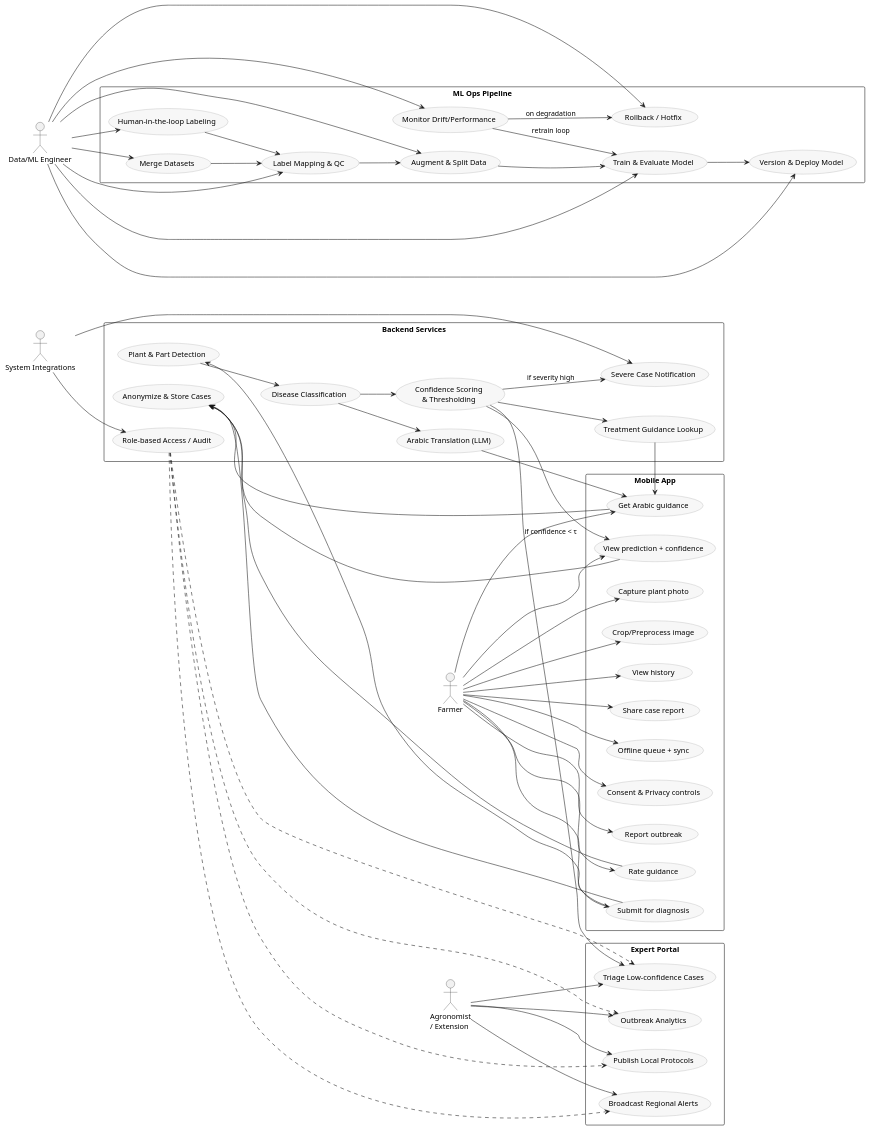
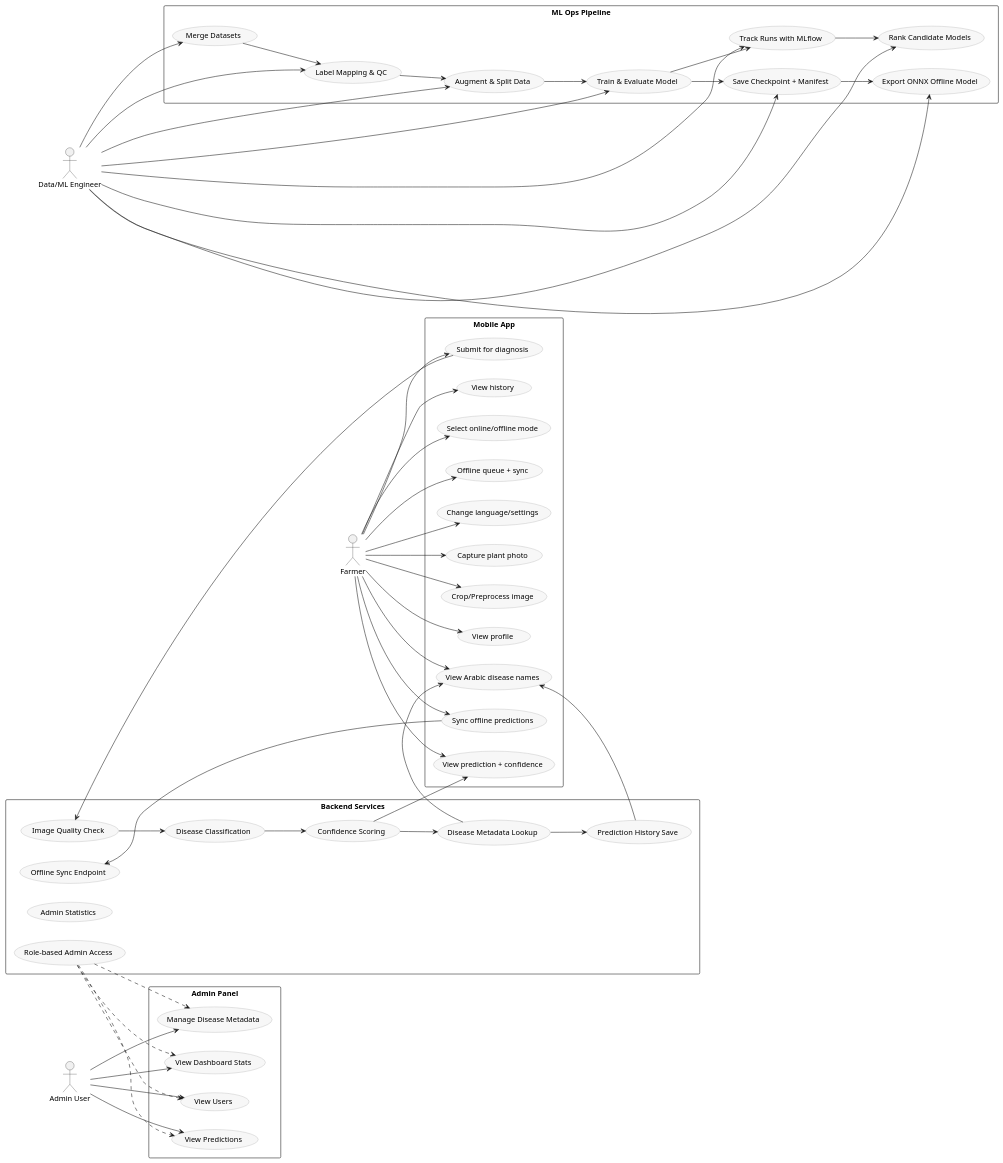
One commit to jadkandah/plant-disease-detection changed the diagram in docs/scratch.puml. Above: the diagram before and after it, drawn with PlantUML. The commit also changed 11 other files, not shown here.

```diff
--- a/docs/scratch.puml
+++ b/docs/scratch.puml
@@ -1,113 +1,104 @@
 @startuml
 left to right direction
 skinparam packageStyle rectangle
 skinparam usecase {
   BackgroundColor #F7F7F7
   BorderColor #999999
 }
 
 actor Farmer as F
-actor "Agronomist\n/ Extension" as A
+actor "Admin User" as A
 actor "Data/ML Engineer" as M
-actor "System Integrations" as S
 
 rectangle "Mobile App" as APP {
   usecase "Capture plant photo" as UC1
   usecase "Crop/Preprocess image" as UC2
   usecase "Submit for diagnosis" as UC3
   usecase "View prediction + confidence" as UC4
-  usecase "Get Arabic guidance" as UC5
+  usecase "View Arabic disease names" as UC5
   usecase "View history" as UC6
-  usecase "Share case report" as UC7
-  usecase "Rate guidance" as UC8
+  usecase "Select online/offline mode" as UC7
+  usecase "Sync offline predictions" as UC8
   usecase "Offline queue + sync" as UC9
-  usecase "Consent & Privacy controls" as UC10
-  usecase "Report outbreak" as UC11
+  usecase "Change language/settings" as UC10
+  usecase "View profile" as UC11
 }
 
 rectangle "Backend Services" as BE {
-  usecase "Plant & Part Detection" as UC12
+  usecase "Image Quality Check" as UC12
   usecase "Disease Classification" as UC13
-  usecase "Confidence Scoring\n& Thresholding" as UC14
-  usecase "Arabic Translation (LLM)" as UC15
-  usecase "Treatment Guidance Lookup" as UC16
-  usecase "Severe Case Notification" as UC17
-  usecase "Anonymize & Store Cases" as UC18
-  usecase "Role-based Access / Audit" as UC19
+  usecase "Confidence Scoring" as UC14
+  usecase "Disease Metadata Lookup" as UC15
+  usecase "Prediction History Save" as UC16
+  usecase "Offline Sync Endpoint" as UC17
+  usecase "Admin Statistics" as UC18
+  usecase "Role-based Admin Access" as UC19
 }
 
 rectangle "ML Ops Pipeline" as MLOPS {
   usecase "Merge Datasets" as UC20
   usecase "Label Mapping & QC" as UC21
   usecase "Augment & Split Data" as UC22
   usecase "Train & Evaluate Model" as UC23
-  usecase "Human-in-the-loop Labeling" as UC24
-  usecase "Version & Deploy Model" as UC25
-  usecase "Monitor Drift/Performance" as UC26
-  usecase "Rollback / Hotfix" as UC27
+  usecase "Track Runs with MLflow" as UC24
+  usecase "Save Checkpoint + Manifest" as UC25
+  usecase "Export ONNX Offline Model" as UC26
+  usecase "Rank Candidate Models" as UC27
 }
 
-rectangle "Expert Portal" as EXP {
-  usecase "Triage Low-confidence Cases" as UC28
-  usecase "Publish Local Protocols" as UC29
-  usecase "Broadcast Regional Alerts" as UC30
-  usecase "Outbreak Analytics" as UC31
+rectangle "Admin Panel" as EXP {
+  usecase "View Users" as UC28
+  usecase "View Predictions" as UC29
+  usecase "Manage Disease Metadata" as UC30
+  usecase "View Dashboard Stats" as UC31
 }
 
 F --> UC1
 F --> UC2
 F --> UC3
 F --> UC4
 F --> UC5
 F --> UC6
 F --> UC7
 F --> UC8
 F --> UC9
 F --> UC10
 F --> UC11
 
 A --> UC28
 A --> UC29
 A --> UC30
 A --> UC31
 
 M --> UC20
 M --> UC21
 M --> UC22
 M --> UC23
 M --> UC24
 M --> UC25
 M --> UC26
 M --> UC27
 
 UC3 --> UC12
 UC12 --> UC13
 UC13 --> UC14
-UC14 --> UC16
-UC14 --> UC28 : "if confidence < τ"
-UC13 --> UC15
+UC14 --> UC15
 UC15 --> UC5
 UC16 --> UC5
 UC14 --> UC4
-UC14 --> UC17 : "if severity high"
-UC18 <- UC3
-UC18 <- UC4
-UC18 <- UC5
-UC18 <- UC8
+UC15 --> UC16
+UC8 --> UC17
 UC19 .down.> UC28
 UC19 .down.> UC29
 UC19 .down.> UC30
 UC19 .down.> UC31
 
-S --> UC17
-S --> UC19
-
 UC20 --> UC21
 UC21 --> UC22
 UC22 --> UC23
+UC23 --> UC24
 UC23 --> UC25
-UC24 --> UC21
-UC26 --> UC27 : "on degradation"
-UC26 --> UC23 : "retrain loop"
+UC25 --> UC26
+UC24 --> UC27
 
 @enduml
```
